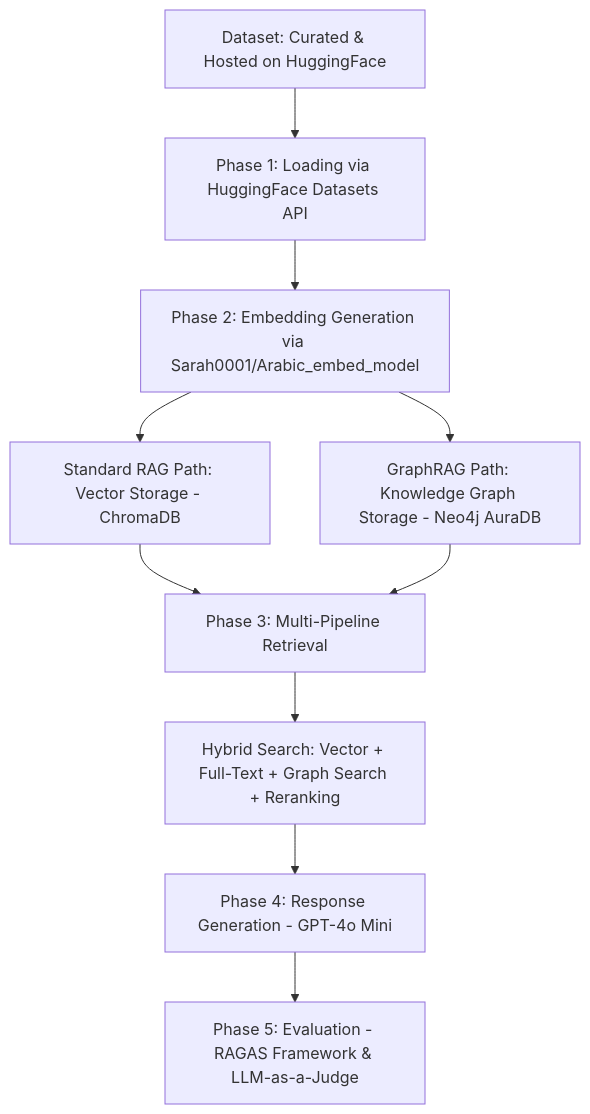
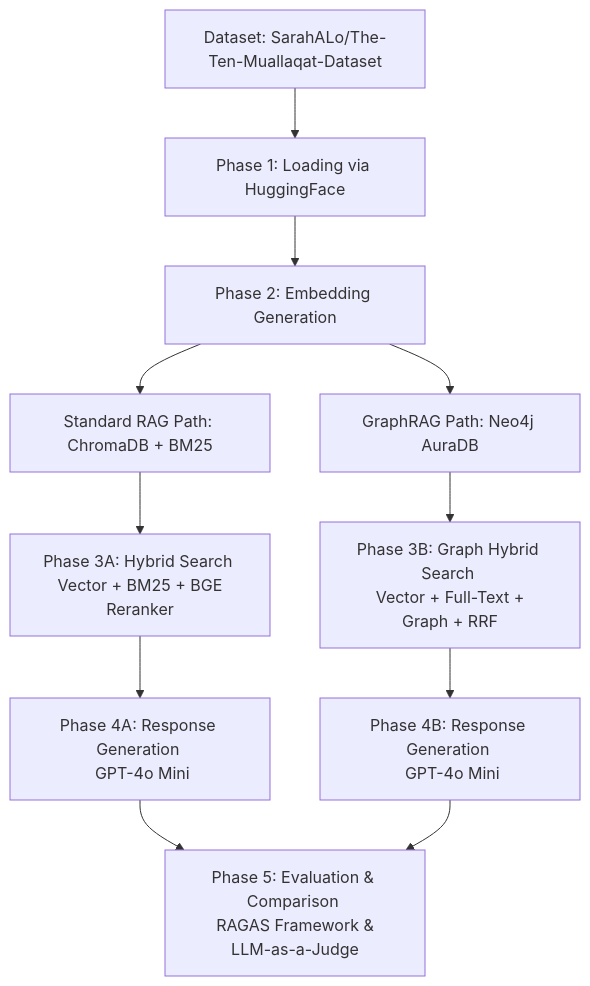
One commit to Haya-Alwizrah/Shora7_Alsh3er changed the diagram in README.md. Above: the diagram before and after it, drawn with Mermaid. The commit also changed other lines of this file, not shown here.

````diff
--- a/README.md
+++ b/README.md
@@ -21,12 +23,21 @@
 ```mermaid
 graph TD
-    A[Dataset: Curated & Hosted on HuggingFace] --> B[Phase 1: Loading via HuggingFace Datasets API]
-    B --> C[Phase 2: Embedding Generation via Sarah0001/Arabic_embed_model]
-    C --> D1[Standard RAG Path: Vector Storage - ChromaDB]
-    C --> D2[GraphRAG Path: Knowledge Graph Storage - Neo4j AuraDB]
-    D1 --> E[Phase 3: Multi-Pipeline Retrieval]
-    D2 --> E
-    E --> F[Hybrid Search: Vector + Full-Text + Graph Search + Reranking]
-    F --> G[Phase 4: Response Generation - GPT-4o Mini]
-    G --> H[Phase 5: Evaluation - RAGAS Framework & LLM-as-a-Judge]
+    A[Dataset: SarahALo/The-Ten-Muallaqat-Dataset] --> B[Phase 1: Loading via HuggingFace]
+    B --> C[Phase 2: Embedding Generation]
+
+    %% مساران منفصلان تماماً
+    C --> D1[Standard RAG Path: ChromaDB + BM25]
+    C --> D2[GraphRAG Path: Neo4j AuraDB]
+
+    %% مسار البحث التقليدي
+    D1 --> E1[Phase 3A: Hybrid Search <br> Vector + BM25 + BGE Reranker]
+    E1 --> F1[Phase 4A: Response Generation <br> GPT-4o Mini]
+
+    %% مسار البحث المعرفي
+    D2 --> E2[Phase 3B: Graph Hybrid Search <br> Vector + Full-Text + Graph + RRF]
+    E2 --> F2[Phase 4B: Response Generation <br> GPT-4o Mini]
+
+    %% مرحلة التقييم التي تقارن بين النتيجتين المستقلتين
+    F1 --> G[Phase 5: Evaluation & Comparison <br> RAGAS Framework & LLM-as-a-Judge]
+    F2 --> G
 ```
````
